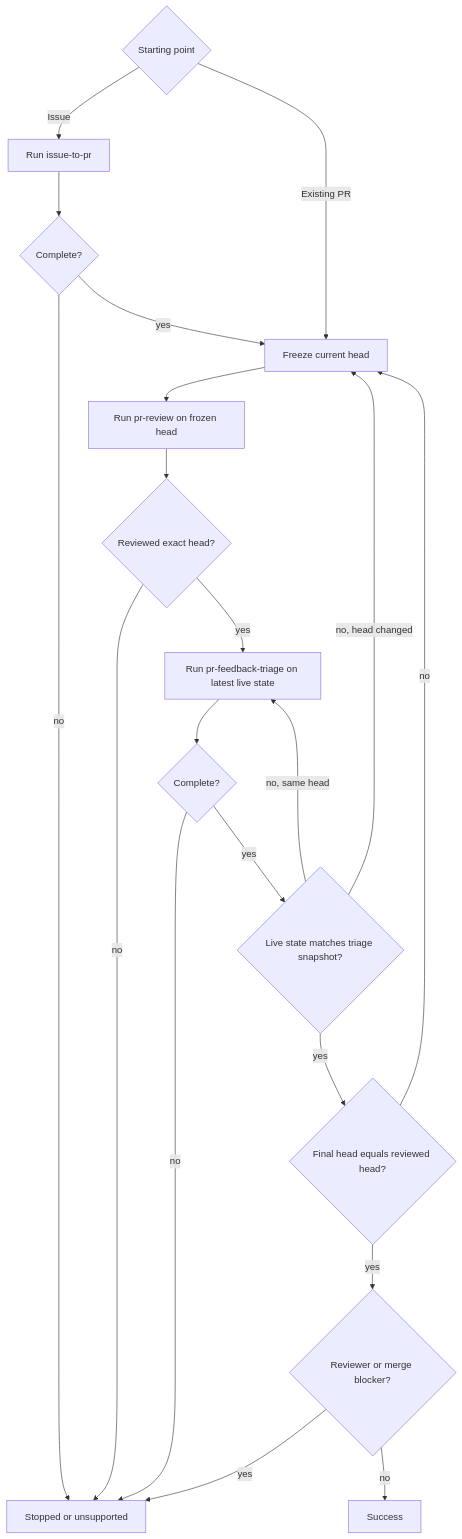
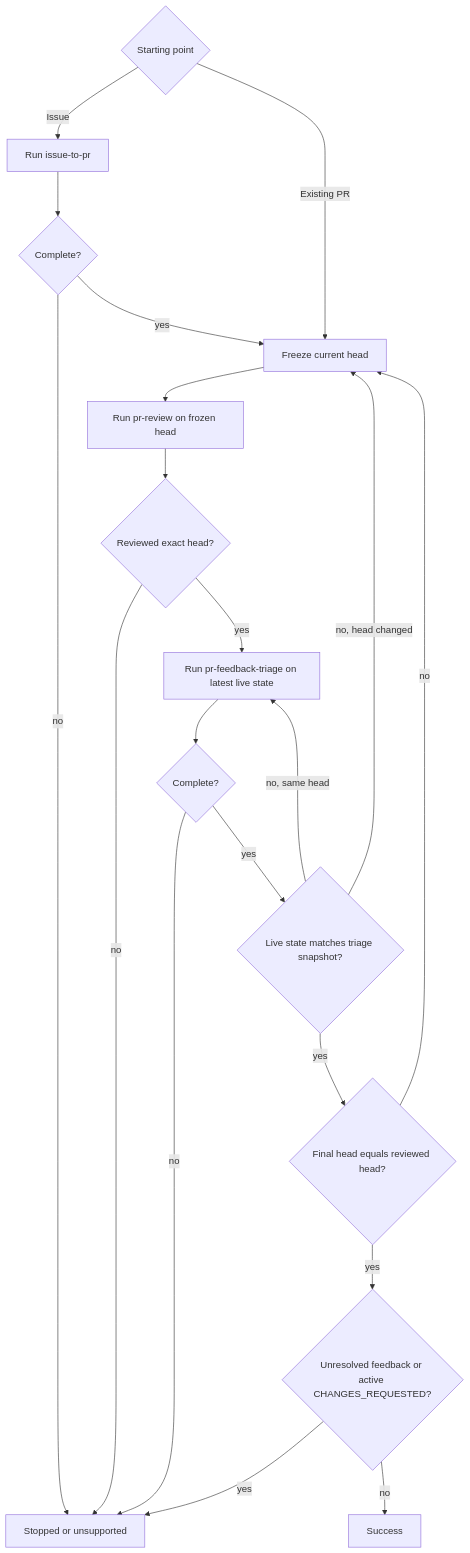
Before and after one commit to dceoy/pr-loop: the diagram in skills/pr-loop/SKILL.md, drawn with Mermaid. The commit also changed other lines of this file and 5 other files, not shown here.

````diff
--- a/skills/pr-loop/SKILL.md
+++ b/skills/pr-loop/SKILL.md
@@ -28,22 +32,22 @@
 ```mermaid
 flowchart TD
   S{Starting point} -->|Issue| I[Run issue-to-pr]
   S -->|Existing PR| A[Freeze current head]
   I --> J{Complete?}
   J -->|no| X[Stopped or unsupported]
   J -->|yes| A
   A --> B[Run pr-review on frozen head]
   B --> C{Reviewed exact head?}
   C -->|no| X
   C -->|yes| D[Run pr-feedback-triage on latest live state]
   D --> E{Complete?}
   E -->|no| X
   E -->|yes| F{Live state matches triage snapshot?}
   F -->|no, same head| D
   F -->|no, head changed| A
   F -->|yes| G{Final head equals reviewed head?}
   G -->|no| A
-  G -->|yes| H{Reviewer or merge blocker?}
+  G -->|yes| H{Unresolved feedback or active CHANGES_REQUESTED?}
   H -->|yes| X
   H -->|no| Y[Success]
 ```
````
